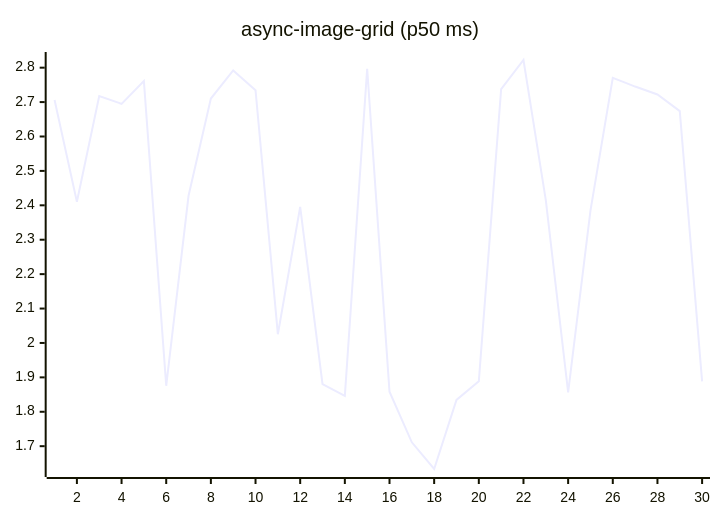
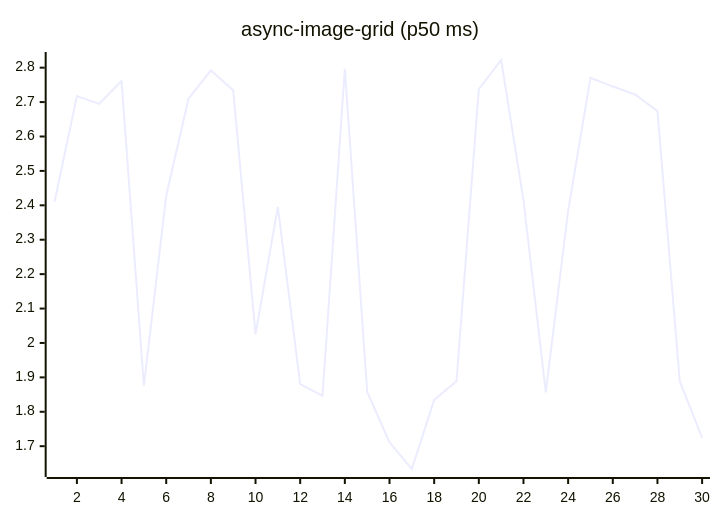
The fifth of 27 diagrams in README.md (josha/Facet), drawn with Mermaid before and after one commit. The commit also changed other lines of this file and 2 other files, not shown here.

````diff
--- a/README.md
+++ b/README.md
@@ -91,6 +91,6 @@
 ```mermaid
 xychart-beta
     title "async-image-grid (p50 ms)"
     x-axis 1 --> 30
-    line [2.7059, 2.4103, 2.7175, 2.6949, 2.7614, 1.8756, 2.4277, 2.7103, 2.7919, 2.7346, 2.0254, 2.3955, 1.8801, 1.8461, 2.7970, 1.8583, 1.7113, 1.6337, 1.8346, 1.8885, 2.7375, 2.8223, 2.4153, 1.8565, 2.3845, 2.7705, 2.7451, 2.7222, 2.6737, 1.8884]
+    line [2.4103, 2.7175, 2.6949, 2.7614, 1.8756, 2.4277, 2.7103, 2.7919, 2.7346, 2.0254, 2.3955, 1.8801, 1.8461, 2.7970, 1.8583, 1.7113, 1.6337, 1.8346, 1.8885, 2.7375, 2.8223, 2.4153, 1.8565, 2.3845, 2.7705, 2.7451, 2.7222, 2.6737, 1.8884, 1.7244]
 ```
````
